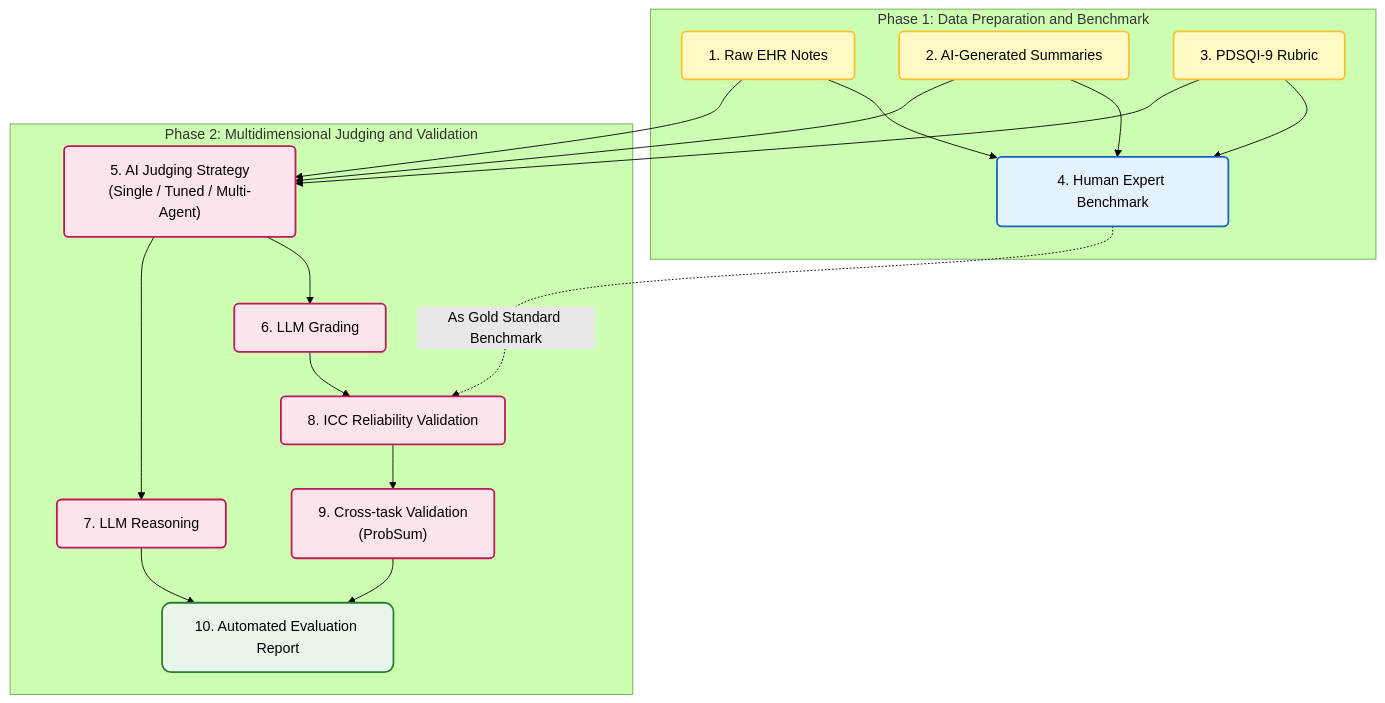
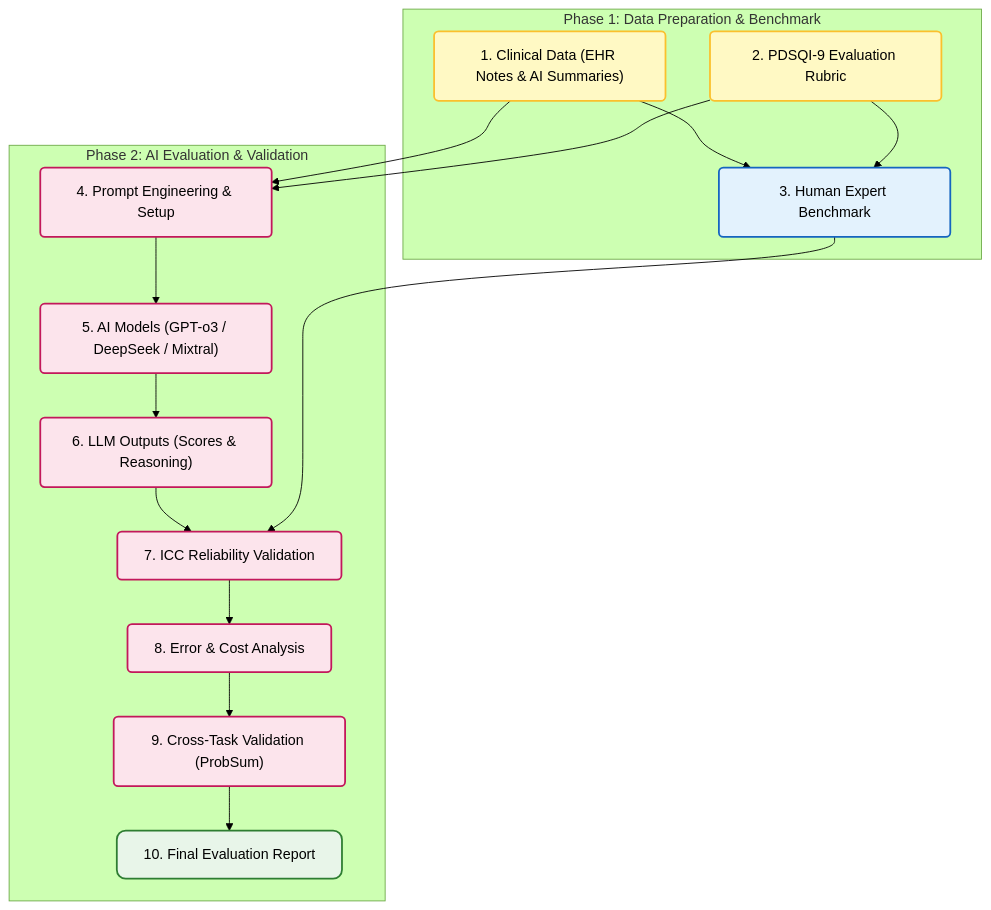
Before and after one commit to hhtrocket/HHT-Benchmark-dataset: the diagram in Literature Review/medical background AI agent evaluation.md, drawn with Mermaid (forest theme).

Commit message:
Update medical background AI agent evaluation.md

````diff
--- a/Literature Review/medical background AI agent evaluation.md
+++ b/Literature Review/medical background AI agent evaluation.md
@@ -16,37 +16,38 @@
 ```mermaid
 graph TD
     classDef phase1 fill:#e3f2fd,stroke:#1565c0,stroke-width:2px,rx:5,ry:5;
     classDef phase2 fill:#fce4ec,stroke:#c2185b,stroke-width:2px,rx:5,ry:5;
     classDef input fill:#fff9c4,stroke:#fbc02d,stroke-width:2px,rx:5,ry:5;
     classDef report fill:#e8f5e9,stroke:#2e7d32,stroke-width:2px,rx:10,ry:10;
 
-    subgraph Phase1 [Phase 1: Data Preparation and Benchmark]
-        Notes["1. Raw EHR Notes"]:::input
-        Summaries["2. AI-Generated Summaries"]:::input
-        Rubric["3. PDSQI-9 Rubric"]:::input
-        HumanEval["4. Human Expert Benchmark"]:::phase1
+    subgraph Phase1 [Phase 1: Data Preparation & Benchmark]
+        Data["1. Clinical Data (EHR Notes & AI Summaries)"]:::input
+        Rubric["2. PDSQI-9 Evaluation Rubric"]:::input
+        Benchmark["3. Human Expert Benchmark"]:::phase1
         
-        Notes & Summaries --> HumanEval
-        Rubric --> HumanEval
+        Data --> Benchmark
+        Rubric --> Benchmark
     end
 
-    subgraph Phase2 [Phase 2: Multidimensional Judging and Validation]
-        Strategy["5. AI Judging Strategy<br/>(Single / Tuned / Multi-Agent)"]:::phase2
-        LLMScore["6. LLM Grading"]:::phase2
-        LLMReason["7. LLM Reasoning"]:::phase2
-        Validation["8. ICC Reliability Validation"]:::phase2
-        CrossTask["9. Cross-task Validation<br/>(ProbSum)"]:::phase2
-        Report["10. Automated Evaluation Report"]:::report
+    subgraph Phase2 [Phase 2: AI Evaluation & Validation]
+        Setup["4. Prompt Engineering & Setup"]:::phase2
+        Models["5. AI Models (GPT-o3 / DeepSeek / Mixtral)"]:::phase2
+        Outputs["6. LLM Outputs (Scores & Reasoning)"]:::phase2
+        Validation["7. ICC Reliability Validation"]:::phase2
+        Analysis["8. Error & Cost Analysis"]:::phase2
+        CrossTask["9. Cross-Task Validation (ProbSum)"]:::phase2
+        Report["10. Final Evaluation Report"]:::report
         
-        Strategy --> LLMScore
-        Strategy --> LLMReason
-        LLMScore --> Validation
-        Validation --> CrossTask
+        Setup --> Models
+        Models --> Outputs
+        Outputs --> Validation
+        Validation --> Analysis
+        Analysis --> CrossTask
         CrossTask --> Report
-        LLMReason --> Report
     end
 
-    %% Cross-phase connections
-    Notes & Summaries & Rubric --> Strategy
-    HumanEval -.->|As Gold Standard Benchmark| Validation
+    %% Minimal Cross-Phase Connections
+    Data --> Setup
+    Rubric --> Setup
+    Benchmark --> Validation
 ```
````
